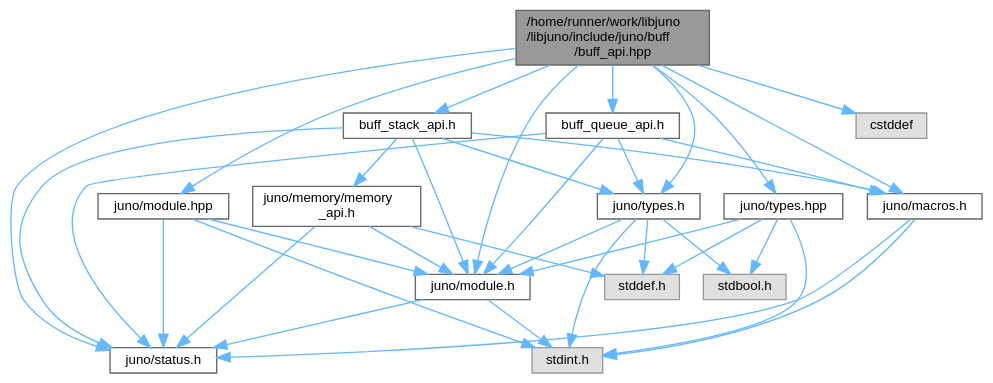
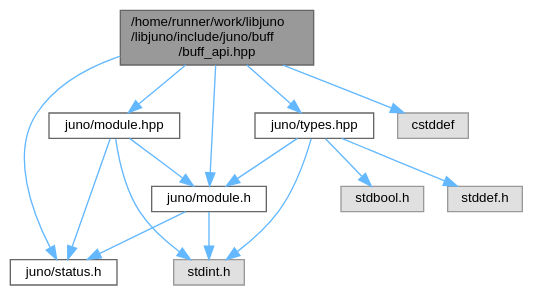
The diagram in buff__api_8hpp__incl.dot (robinonsay/libjuno), drawn with Graphviz before and after one commit. The commit also changed 110 other files, not shown here.

```diff
--- a/buff__api_8hpp__incl.dot
+++ b/buff__api_8hpp__incl.dot
@@ -1,57 +1,30 @@
 digraph "/home/runner/work/libjuno/libjuno/include/juno/buff/buff_api.hpp"
 {
  // LATEX_PDF_SIZE
   bgcolor="transparent";
   edge [fontname=Helvetica,fontsize=10,labelfontname=Helvetica,labelfontsize=10];
   node [fontname=Helvetica,fontsize=10,shape=box,height=0.2,width=0.4];
   Node1 [id="Node000001",label="/home/runner/work/libjuno\l/libjuno/include/juno/buff\l/buff_api.hpp",height=0.2,width=0.4,color="gray40", fillcolor="grey60", style="filled", fontcolor="black",tooltip=" "];
   Node1 -> Node2 [id="edge1_Node000001_Node000002",color="steelblue1",style="solid",tooltip=" "];
-  Node2 [id="Node000002",label="juno/macros.h",height=0.2,width=0.4,color="grey40", fillcolor="white", style="filled",URL="$macros_8h.html",tooltip=" "];
-  Node2 -> Node3 [id="edge2_Node000002_Node000003",color="steelblue1",style="solid",tooltip=" "];
-  Node3 [id="Node000003",label="juno/status.h",height=0.2,width=0.4,color="grey40", fillcolor="white", style="filled",URL="$status_8h.html",tooltip=" "];
-  Node2 -> Node4 [id="edge3_Node000002_Node000004",color="steelblue1",style="solid",tooltip=" "];
+  Node2 [id="Node000002",label="juno/status.h",height=0.2,width=0.4,color="grey40", fillcolor="white", style="filled",URL="$status_8h.html",tooltip=" "];
+  Node1 -> Node3 [id="edge2_Node000001_Node000003",color="steelblue1",style="solid",tooltip=" "];
+  Node3 [id="Node000003",label="juno/module.h",height=0.2,width=0.4,color="grey40", fillcolor="white", style="filled",URL="$module_8h.html",tooltip=" "];
+  Node3 -> Node2 [id="edge3_Node000003_Node000002",color="steelblue1",style="solid",tooltip=" "];
+  Node3 -> Node4 [id="edge4_Node000003_Node000004",color="steelblue1",style="solid",tooltip=" "];
   Node4 [id="Node000004",label="stdint.h",height=0.2,width=0.4,color="grey60", fillcolor="#E0E0E0", style="filled",tooltip=" "];
-  Node1 -> Node3 [id="edge4_Node000001_Node000003",color="steelblue1",style="solid",tooltip=" "];
   Node1 -> Node5 [id="edge5_Node000001_Node000005",color="steelblue1",style="solid",tooltip=" "];
-  Node5 [id="Node000005",label="juno/module.h",height=0.2,width=0.4,color="grey40", fillcolor="white", style="filled",URL="$module_8h.html",tooltip=" "];
-  Node5 -> Node3 [id="edge6_Node000005_Node000003",color="steelblue1",style="solid",tooltip=" "];
+  Node5 [id="Node000005",label="juno/module.hpp",height=0.2,width=0.4,color="grey40", fillcolor="white", style="filled",URL="$module_8hpp.html",tooltip=" "];
+  Node5 -> Node2 [id="edge6_Node000005_Node000002",color="steelblue1",style="solid",tooltip=" "];
   Node5 -> Node4 [id="edge7_Node000005_Node000004",color="steelblue1",style="solid",tooltip=" "];
-  Node1 -> Node6 [id="edge8_Node000001_Node000006",color="steelblue1",style="solid",tooltip=" "];
-  Node6 [id="Node000006",label="juno/module.hpp",height=0.2,width=0.4,color="grey40", fillcolor="white", style="filled",URL="$module_8hpp.html",tooltip=" "];
-  Node6 -> Node3 [id="edge9_Node000006_Node000003",color="steelblue1",style="solid",tooltip=" "];
-  Node6 -> Node4 [id="edge10_Node000006_Node000004",color="steelblue1",style="solid",tooltip=" "];
-  Node6 -> Node5 [id="edge11_Node000006_Node000005",color="steelblue1",style="solid",tooltip=" "];
-  Node1 -> Node7 [id="edge12_Node000001_Node000007",color="steelblue1",style="solid",tooltip=" "];
-  Node7 [id="Node000007",label="juno/types.h",height=0.2,width=0.4,color="grey40", fillcolor="white", style="filled",URL="$types_8h.html",tooltip=" "];
-  Node7 -> Node5 [id="edge13_Node000007_Node000005",color="steelblue1",style="solid",tooltip=" "];
-  Node7 -> Node8 [id="edge14_Node000007_Node000008",color="steelblue1",style="solid",tooltip=" "];
-  Node8 [id="Node000008",label="stdbool.h",height=0.2,width=0.4,color="grey60", fillcolor="#E0E0E0", style="filled",tooltip=" "];
-  Node7 -> Node9 [id="edge15_Node000007_Node000009",color="steelblue1",style="solid",tooltip=" "];
-  Node9 [id="Node000009",label="stddef.h",height=0.2,width=0.4,color="grey60", fillcolor="#E0E0E0", style="filled",tooltip=" "];
-  Node7 -> Node4 [id="edge16_Node000007_Node000004",color="steelblue1",style="solid",tooltip=" "];
-  Node1 -> Node10 [id="edge17_Node000001_Node000010",color="steelblue1",style="solid",tooltip=" "];
-  Node10 [id="Node000010",label="buff_queue_api.h",height=0.2,width=0.4,color="grey40", fillcolor="white", style="filled",URL="$buff__queue__api_8h.html",tooltip=" "];
-  Node10 -> Node2 [id="edge18_Node000010_Node000002",color="steelblue1",style="solid",tooltip=" "];
-  Node10 -> Node3 [id="edge19_Node000010_Node000003",color="steelblue1",style="solid",tooltip=" "];
-  Node10 -> Node5 [id="edge20_Node000010_Node000005",color="steelblue1",style="solid",tooltip=" "];
-  Node10 -> Node7 [id="edge21_Node000010_Node000007",color="steelblue1",style="solid",tooltip=" "];
-  Node1 -> Node11 [id="edge22_Node000001_Node000011",color="steelblue1",style="solid",tooltip=" "];
-  Node11 [id="Node000011",label="buff_stack_api.h",height=0.2,width=0.4,color="grey40", fillcolor="white", style="filled",URL="$buff__stack__api_8h.html",tooltip=" "];
-  Node11 -> Node2 [id="edge23_Node000011_Node000002",color="steelblue1",style="solid",tooltip=" "];
-  Node11 -> Node12 [id="edge24_Node000011_Node000012",color="steelblue1",style="solid",tooltip=" "];
-  Node12 [id="Node000012",label="juno/memory/memory\l_api.h",height=0.2,width=0.4,color="grey40", fillcolor="white", style="filled",URL="$memory__api_8h.html",tooltip=" "];
-  Node12 -> Node3 [id="edge25_Node000012_Node000003",color="steelblue1",style="solid",tooltip=" "];
-  Node12 -> Node5 [id="edge26_Node000012_Node000005",color="steelblue1",style="solid",tooltip=" "];
-  Node12 -> Node9 [id="edge27_Node000012_Node000009",color="steelblue1",style="solid",tooltip=" "];
-  Node11 -> Node3 [id="edge28_Node000011_Node000003",color="steelblue1",style="solid",tooltip=" "];
-  Node11 -> Node5 [id="edge29_Node000011_Node000005",color="steelblue1",style="solid",tooltip=" "];
-  Node11 -> Node7 [id="edge30_Node000011_Node000007",color="steelblue1",style="solid",tooltip=" "];
-  Node1 -> Node13 [id="edge31_Node000001_Node000013",color="steelblue1",style="solid",tooltip=" "];
-  Node13 [id="Node000013",label="juno/types.hpp",height=0.2,width=0.4,color="grey40", fillcolor="white", style="filled",URL="$types_8hpp.html",tooltip=" "];
-  Node13 -> Node5 [id="edge32_Node000013_Node000005",color="steelblue1",style="solid",tooltip=" "];
-  Node13 -> Node8 [id="edge33_Node000013_Node000008",color="steelblue1",style="solid",tooltip=" "];
-  Node13 -> Node9 [id="edge34_Node000013_Node000009",color="steelblue1",style="solid",tooltip=" "];
-  Node13 -> Node4 [id="edge35_Node000013_Node000004",color="steelblue1",style="solid",tooltip=" "];
-  Node1 -> Node14 [id="edge36_Node000001_Node000014",color="steelblue1",style="solid",tooltip=" "];
-  Node14 [id="Node000014",label="cstddef",height=0.2,width=0.4,color="grey60", fillcolor="#E0E0E0", style="filled",tooltip=" "];
+  Node5 -> Node3 [id="edge8_Node000005_Node000003",color="steelblue1",style="solid",tooltip=" "];
+  Node1 -> Node6 [id="edge9_Node000001_Node000006",color="steelblue1",style="solid",tooltip=" "];
+  Node6 [id="Node000006",label="juno/types.hpp",height=0.2,width=0.4,color="grey40", fillcolor="white", style="filled",URL="$types_8hpp.html",tooltip=" "];
+  Node6 -> Node3 [id="edge10_Node000006_Node000003",color="steelblue1",style="solid",tooltip=" "];
+  Node6 -> Node7 [id="edge11_Node000006_Node000007",color="steelblue1",style="solid",tooltip=" "];
+  Node7 [id="Node000007",label="stdbool.h",height=0.2,width=0.4,color="grey60", fillcolor="#E0E0E0", style="filled",tooltip=" "];
+  Node6 -> Node8 [id="edge12_Node000006_Node000008",color="steelblue1",style="solid",tooltip=" "];
+  Node8 [id="Node000008",label="stddef.h",height=0.2,width=0.4,color="grey60", fillcolor="#E0E0E0", style="filled",tooltip=" "];
+  Node6 -> Node4 [id="edge13_Node000006_Node000004",color="steelblue1",style="solid",tooltip=" "];
+  Node1 -> Node9 [id="edge14_Node000001_Node000009",color="steelblue1",style="solid",tooltip=" "];
+  Node9 [id="Node000009",label="cstddef",height=0.2,width=0.4,color="grey60", fillcolor="#E0E0E0", style="filled",tooltip=" "];
 }
```
